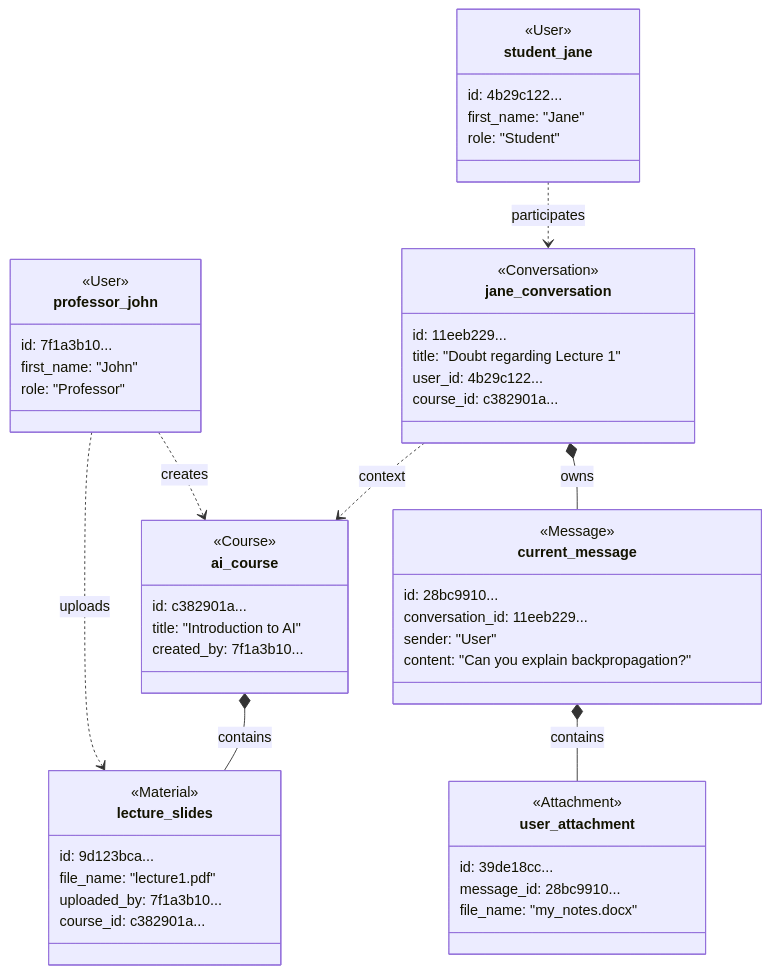
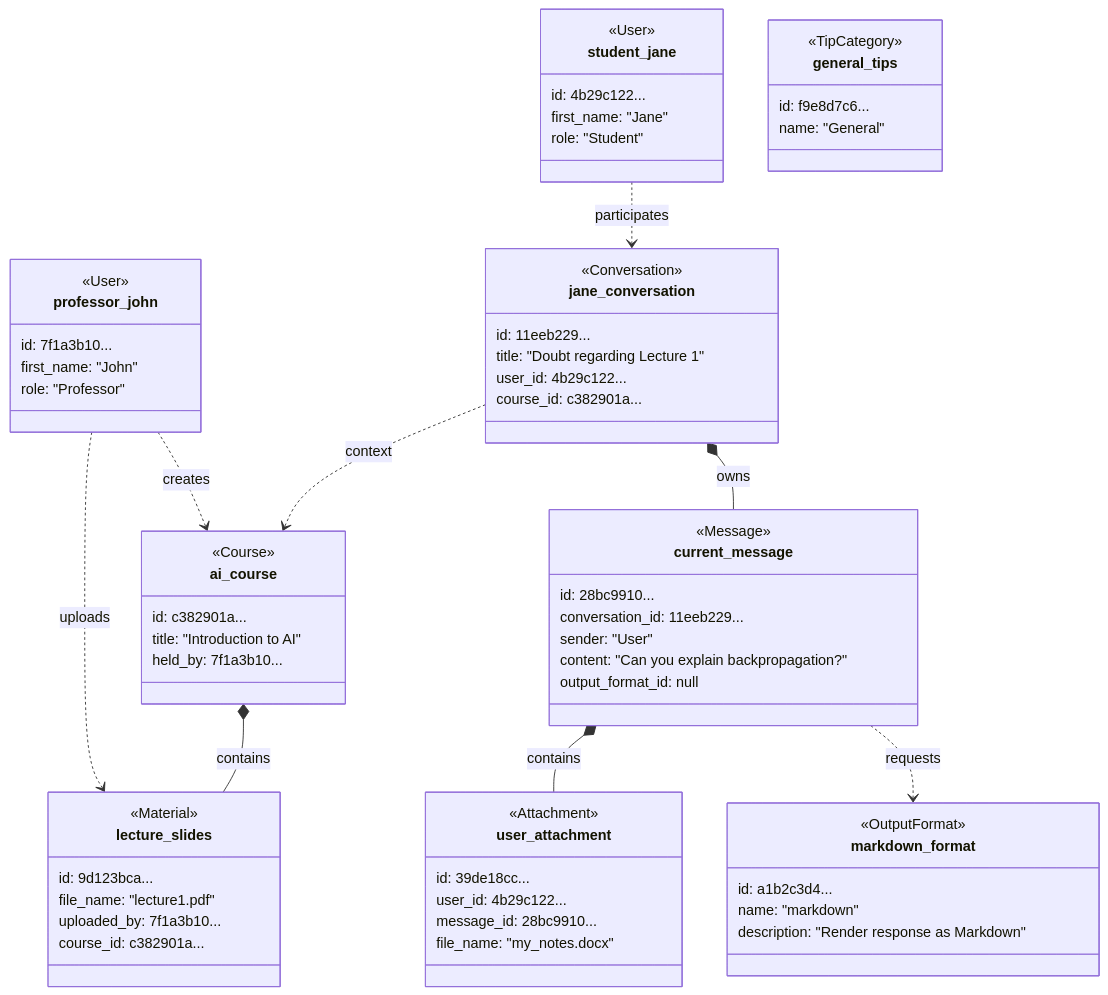
The third of 3 diagrams in DATABASE_SCHEMA.md (ULBS-cauci/backend), drawn with Mermaid before and after one commit. The commit also changed other lines of this file and 22 other files, not shown here.

````diff
--- a/DATABASE_SCHEMA.md
+++ b/DATABASE_SCHEMA.md
@@ -219,66 +255,82 @@
 ```mermaid
 classDiagram
     %% Object Instances
     class professor_john {
         <<User>>
         id: 7f1a3b10...
         first_name: "John"
         role: "Professor"
     }
 
     class student_jane {
         <<User>>
         id: 4b29c122...
         first_name: "Jane"
         role: "Student"
     }
 
     class ai_course {
         <<Course>>
         id: c382901a...
         title: "Introduction to AI"
-        created_by: 7f1a3b10...
+        held_by: 7f1a3b10...
     }
-hel
+
     class lecture_slides {
         <<Material>>
         id: 9d123bca...
         file_name: "lecture1.pdf"
         uploaded_by: 7f1a3b10...
         course_id: c382901a...
     }
 
     class jane_conversation {
         <<Conversation>>
         id: 11eeb229...
         title: "Doubt regarding Lecture 1"
         user_id: 4b29c122...
         course_id: c382901a...
     }
-    
+
     class current_message {
         <<Message>>
         id: 28bc9910...
         conversation_id: 11eeb229...
         sender: "User"
         content: "Can you explain backpropagation?"
+        output_format_id: null
     }
 
     class user_attachment {
         <<Attachment>>
         id: 39de18cc...
+        user_id: 4b29c122...
         message_id: 28bc9910...
         file_name: "my_notes.docx"
+    }
+
+    class markdown_format {
+        <<OutputFormat>>
+        id: a1b2c3d4...
+        name: "markdown"
+        description: "Render response as Markdown"
+    }
+
+    class general_tips {
+        <<TipCategory>>
+        id: f9e8d7c6...
+        name: "General"
     }
 
     %% Object Links
     professor_john ..> ai_course : creates
     professor_john ..> lecture_slides : uploads
     ai_course *-- lecture_slides : contains
-    
+
     student_jane ..> jane_conversation : participates
     jane_conversation ..> ai_course : context
-    
+
     jane_conversation *-- current_message : owns
     current_message *-- user_attachment : contains
+    current_message ..> markdown_format : requests
 ```
````
